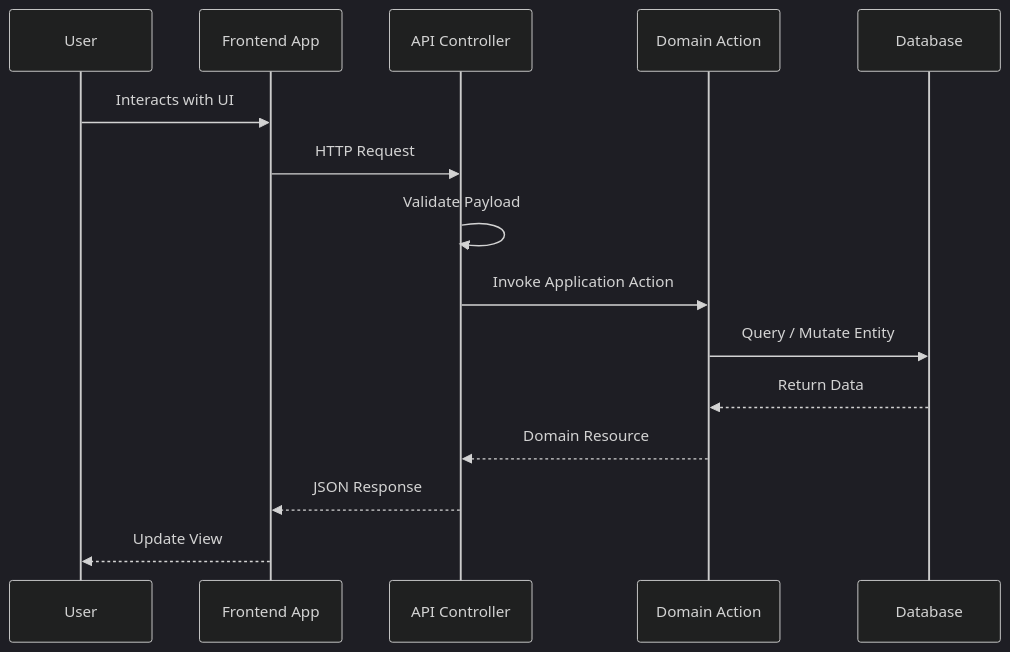
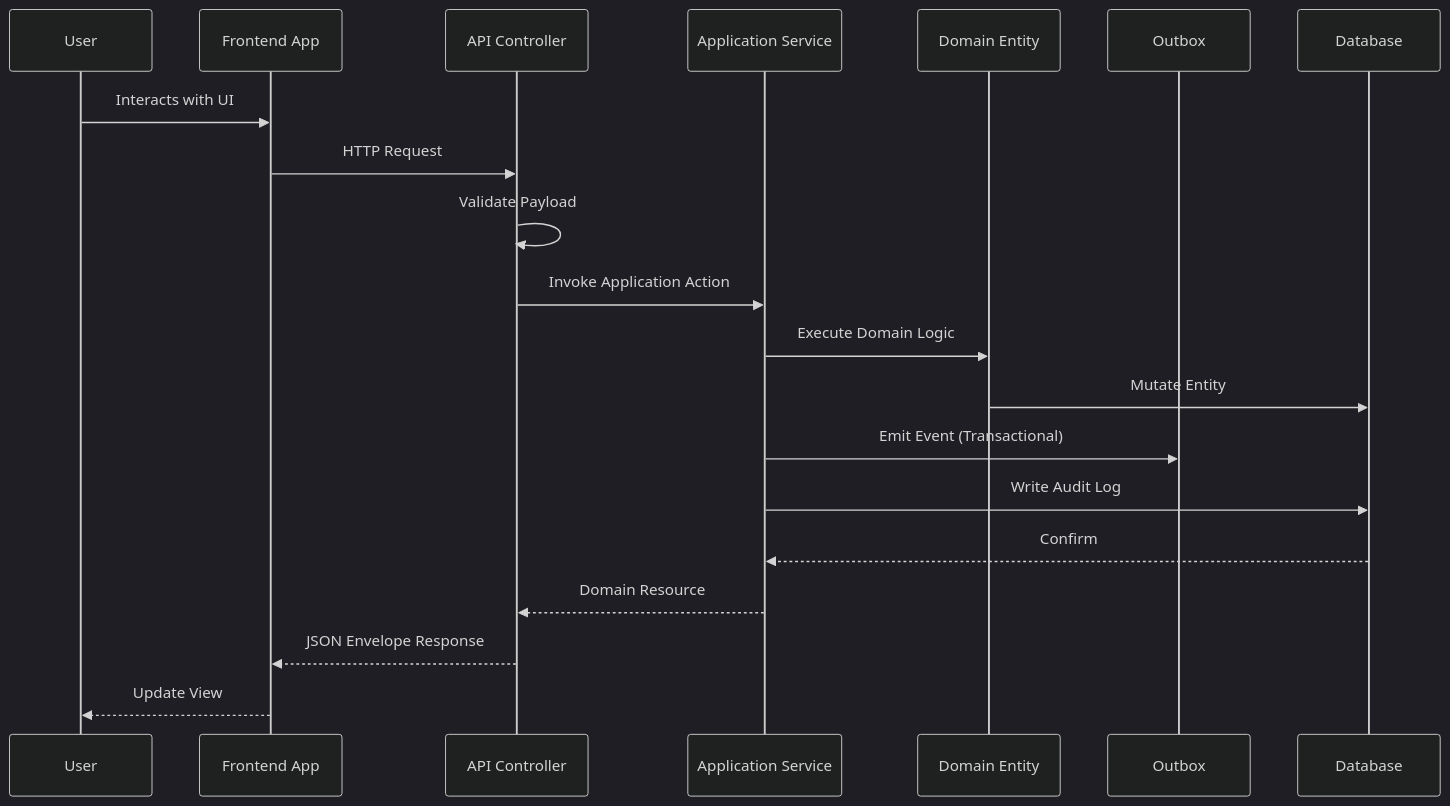
The third of 5 diagrams in README.md (h-builds/nexus-wms), drawn with Mermaid (dark theme) before and after one commit. The commit also changed other lines of this file and 1 other file, not shown here.

Commit message:
docs: update project roadmap to reflect Phase 0 completion and initiate Phase 1 Field-Agent Mobile development

````diff
--- a/README.md
+++ b/README.md
@@ -93,18 +108,23 @@
 ```mermaid
 sequenceDiagram
     participant U as User
     participant F as Frontend App
     participant A as API Controller
-    participant D as Domain Action
+    participant S as Application Service
+    participant D as Domain Entity
+    participant O as Outbox
     participant DB as Database
 
     U->>F: Interacts with UI
     F->>A: HTTP Request
     A->>A: Validate Payload
-    A->>D: Invoke Application Action
-    D->>DB: Query / Mutate Entity
-    DB-->>D: Return Data
-    D-->>A: Domain Resource
-    A-->>F: JSON Response
+    A->>S: Invoke Application Action
+    S->>D: Execute Domain Logic
+    D->>DB: Mutate Entity
+    S->>O: Emit Event (Transactional)
+    S->>DB: Write Audit Log
+    DB-->>S: Confirm
+    S-->>A: Domain Resource
+    A-->>F: JSON Envelope Response
     F-->>U: Update View
 ```
````
